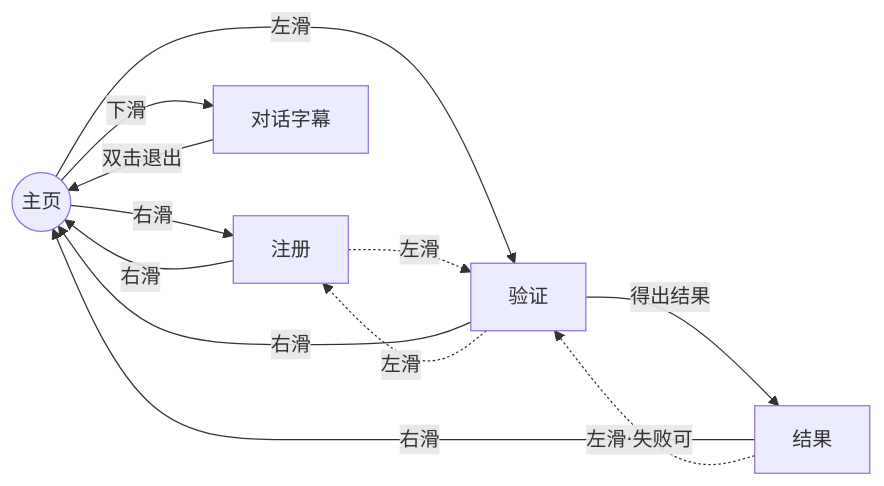
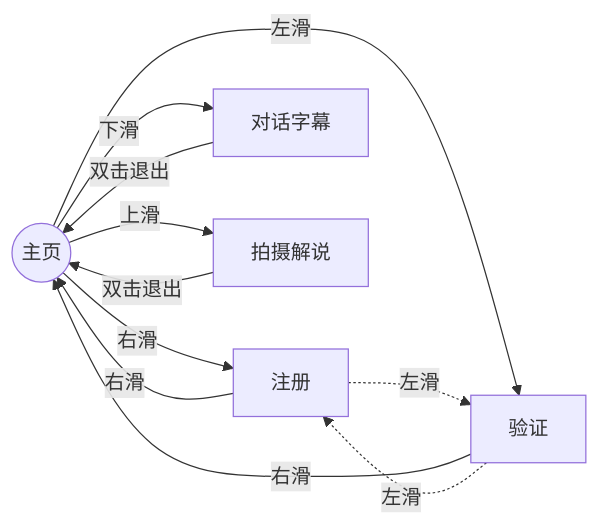
One commit to cpufreestyle/aiui-voiceprint changed the second of 2 diagrams in README.md. Above: the diagram before and after it, drawn with Mermaid. The commit also changed other lines of this file and 2 other files, not shown here.

````diff
--- a/README.md
+++ b/README.md
@@ -83,14 +89,13 @@
 ```mermaid
 flowchart LR
   Home((主页)) -->|右滑| Enroll[注册]
   Home -->|左滑| Verify[验证]
   Home -->|下滑| Conversation[对话字幕]
+  Home -->|上滑| Media[拍摄解说]
   Enroll -->|右滑| Home
   Verify -->|右滑| Home
-  Verify -->|得出结果| Result[结果]
-  Result -->|右滑| Home
-  Result -.->|左滑·失败可| Verify
+  Media -->|双击退出| Home
   Enroll -.->|左滑| Verify
   Verify -.->|左滑| Enroll
   Conversation -->|双击退出| Home
 ```
````
